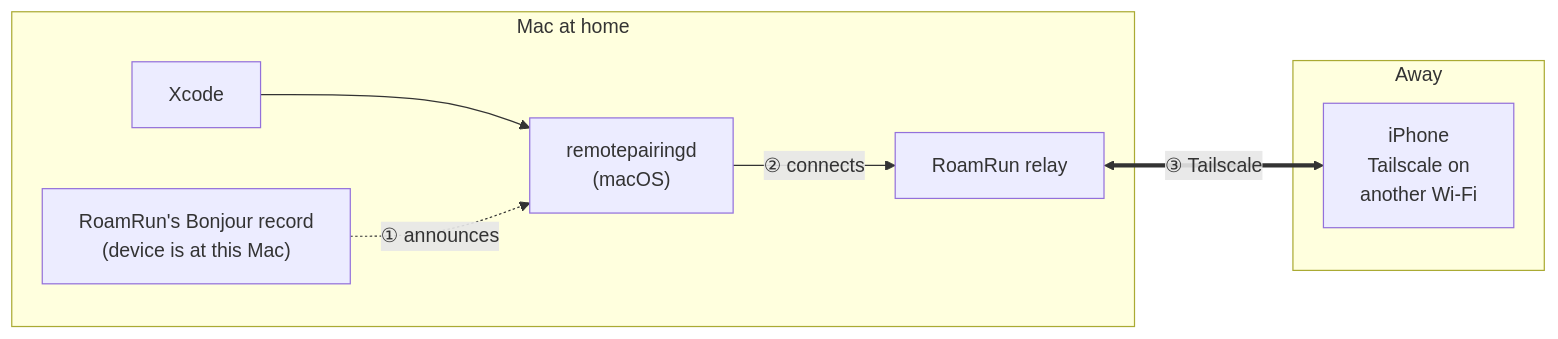
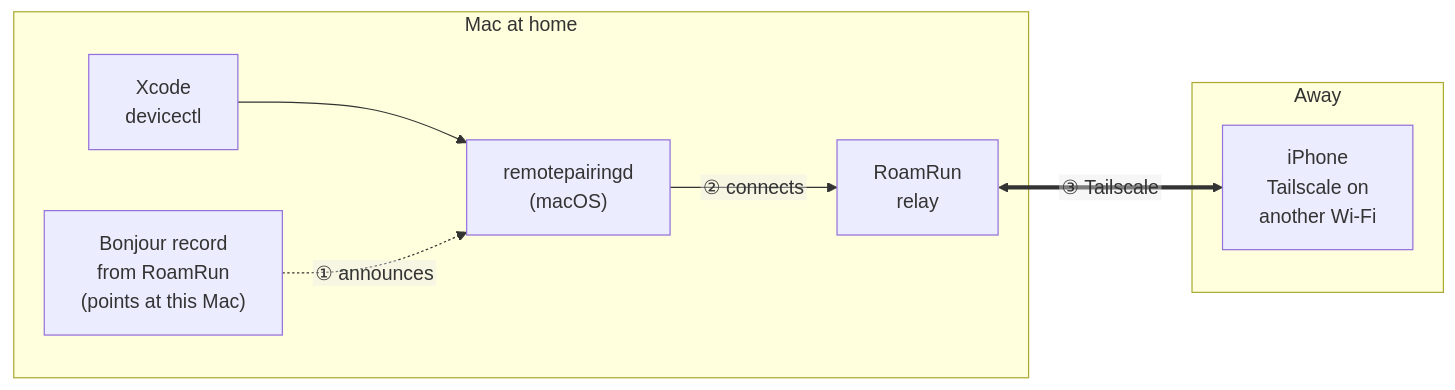
Before and after one commit to mh-mobile/RoamRun: the diagram in README.md, drawn with Mermaid. The commit also changed 3 other files, not shown here.

First line of the commit message:
README, How it works: one and the same first diagram

````diff
--- a/README.md
+++ b/README.md
@@ -27,12 +27,13 @@
 ```mermaid
+%%{init: {"flowchart": {"htmlLabels": false}}}%%
 flowchart LR
   subgraph mac["Mac at home"]
-    xcode["Xcode"] --> service["remotepairingd<br/>(macOS)"]
-    record["RoamRun's Bonjour record<br/>(device is at this Mac)"] -. "① announces" .-> service
-    service -- "② connects" --> relay["RoamRun relay"]
+    xcode["Xcode<br/>devicectl"] --> rpd["remotepairingd<br/>(macOS)"]
+    fake["Bonjour record<br/>from RoamRun<br/>(points at this Mac)"] -. "① announces" .-> rpd
+    rpd -- "② connects" --> relay["RoamRun<br/>relay"]
   end
   subgraph away["Away"]
-    device["iPhone<br/>Tailscale on<br/>another Wi-Fi"]
+    iphone["iPhone<br/>Tailscale on<br/>another Wi-Fi"]
   end
-  relay <== "③ Tailscale" ==> device
+  relay <== "③ Tailscale" ==> iphone
 ```
````
